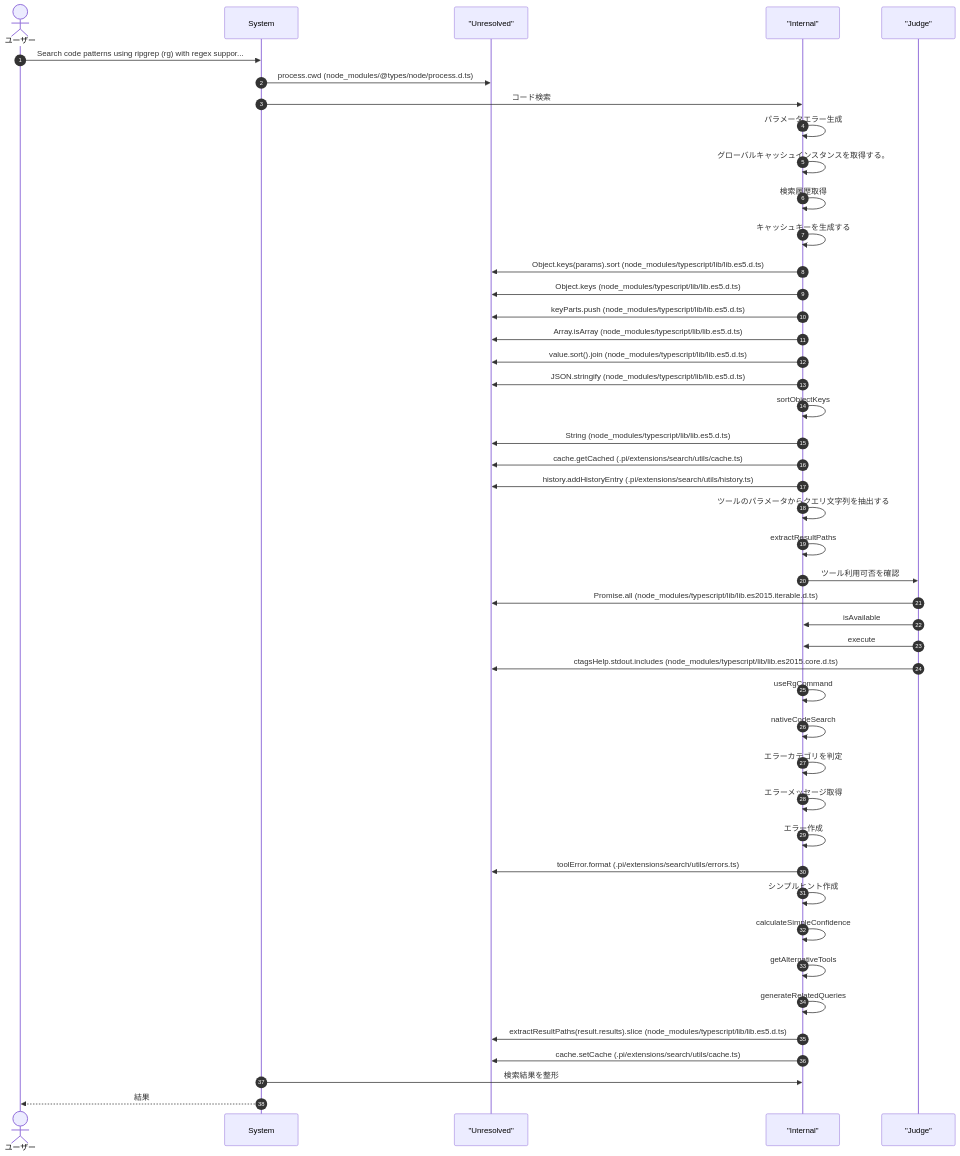
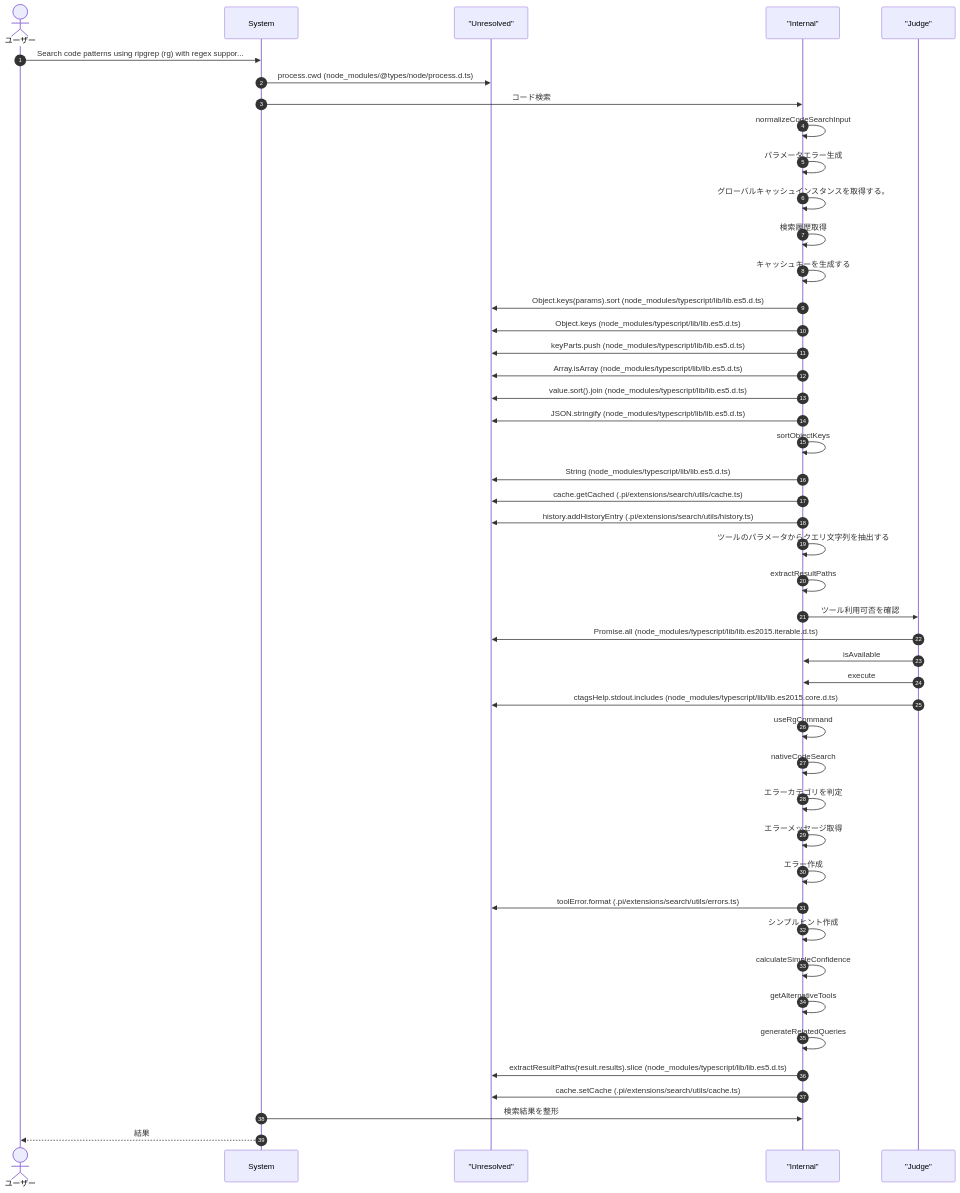
One commit to Mekann2904/mekann changed the second of 10 diagrams in ABDD/.pi/extensions/search/index.md. Above: the diagram before and after it, drawn with Mermaid. The commit also changed other lines of this file and 205 other files, not shown here.

````diff
--- a/ABDD/.pi/extensions/search/index.md
+++ b/ABDD/.pi/extensions/search/index.md
@@ -94,49 +94,50 @@
 ```mermaid
 sequenceDiagram
   autonumber
   actor User as ユーザー
   participant System as System
   participant Unresolved as "Unresolved"
   participant Internal as "Internal"
   participant Judge as "Judge"
 
   User->>System: Search code patterns using ripgrep (rg) with regex suppor...
   System->>Unresolved: process.cwd (node_modules/@types/node/process.d.ts)
   System->>Internal: コード検索
+  Internal->>Internal: normalizeCodeSearchInput
   Internal->>Internal: パラメータエラー生成
   Internal->>Internal: グローバルキャッシュインスタンスを取得する。
   Internal->>Internal: 検索履歴取得
   Internal->>Internal: キャッシュキーを生成する
   Internal->>Unresolved: Object.keys(params).sort (node_modules/typescript/lib/lib.es5.d.ts)
   Internal->>Unresolved: Object.keys (node_modules/typescript/lib/lib.es5.d.ts)
   Internal->>Unresolved: keyParts.push (node_modules/typescript/lib/lib.es5.d.ts)
   Internal->>Unresolved: Array.isArray (node_modules/typescript/lib/lib.es5.d.ts)
   Internal->>Unresolved: value.sort().join (node_modules/typescript/lib/lib.es5.d.ts)
   Internal->>Unresolved: JSON.stringify (node_modules/typescript/lib/lib.es5.d.ts)
   Internal->>Internal: sortObjectKeys
   Internal->>Unresolved: String (node_modules/typescript/lib/lib.es5.d.ts)
   Internal->>Unresolved: cache.getCached (.pi/extensions/search/utils/cache.ts)
   Internal->>Unresolved: history.addHistoryEntry (.pi/extensions/search/utils/history.ts)
   Internal->>Internal: ツールのパラメータからクエリ文字列を抽出する
   Internal->>Internal: extractResultPaths
   Internal->>Judge: ツール利用可否を確認
   Judge->>Unresolved: Promise.all (node_modules/typescript/lib/lib.es2015.iterable.d.ts)
   Judge->>Internal: isAvailable
   Judge->>Internal: execute
   Judge->>Unresolved: ctagsHelp.stdout.includes (node_modules/typescript/lib/lib.es2015.core.d.ts)
   Internal->>Internal: useRgCommand
   Internal->>Internal: nativeCodeSearch
   Internal->>Internal: エラーカテゴリを判定
   Internal->>Internal: エラーメッセージ取得
   Internal->>Internal: エラー作成
   Internal->>Unresolved: toolError.format (.pi/extensions/search/utils/errors.ts)
   Internal->>Internal: シンプルヒント作成
   Internal->>Internal: calculateSimpleConfidence
   Internal->>Internal: getAlternativeTools
   Internal->>Internal: generateRelatedQueries
   Internal->>Unresolved: extractResultPaths(result.results).slice (node_modules/typescript/lib/lib.es5.d.ts)
   Internal->>Unresolved: cache.setCache (.pi/extensions/search/utils/cache.ts)
   System->>Internal: 検索結果を整形
   System-->>User: 結果
 
 ```
````
